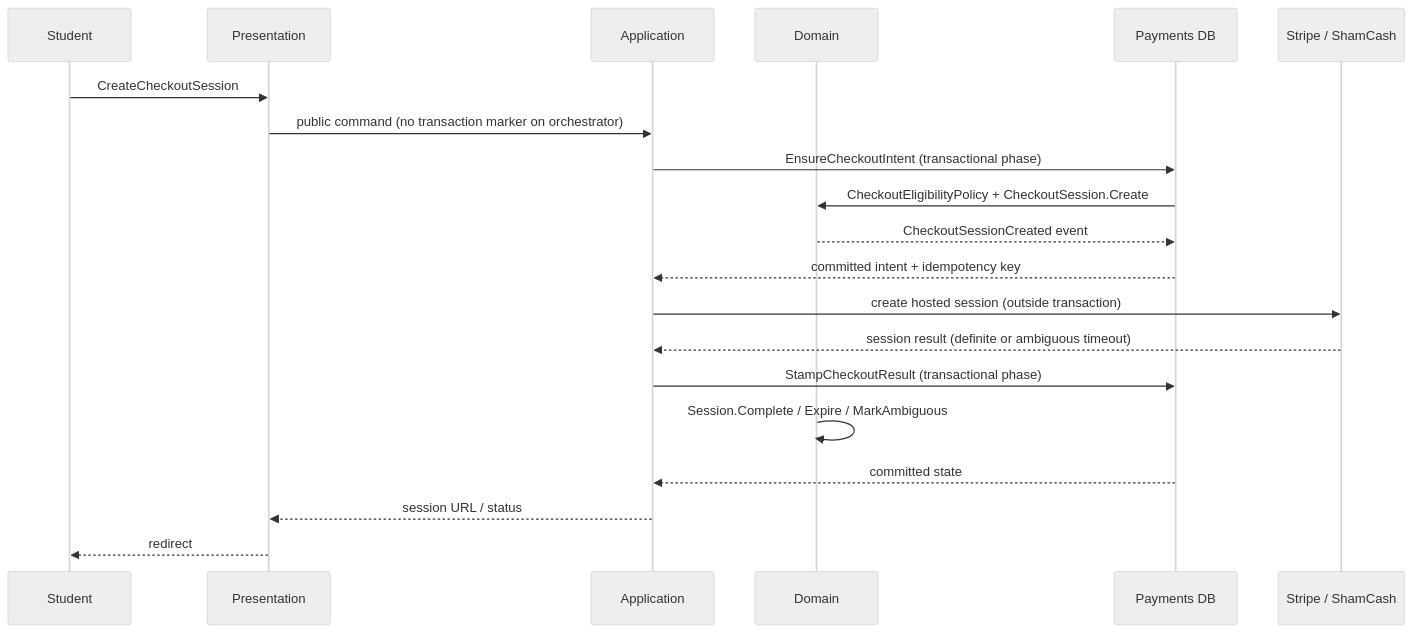
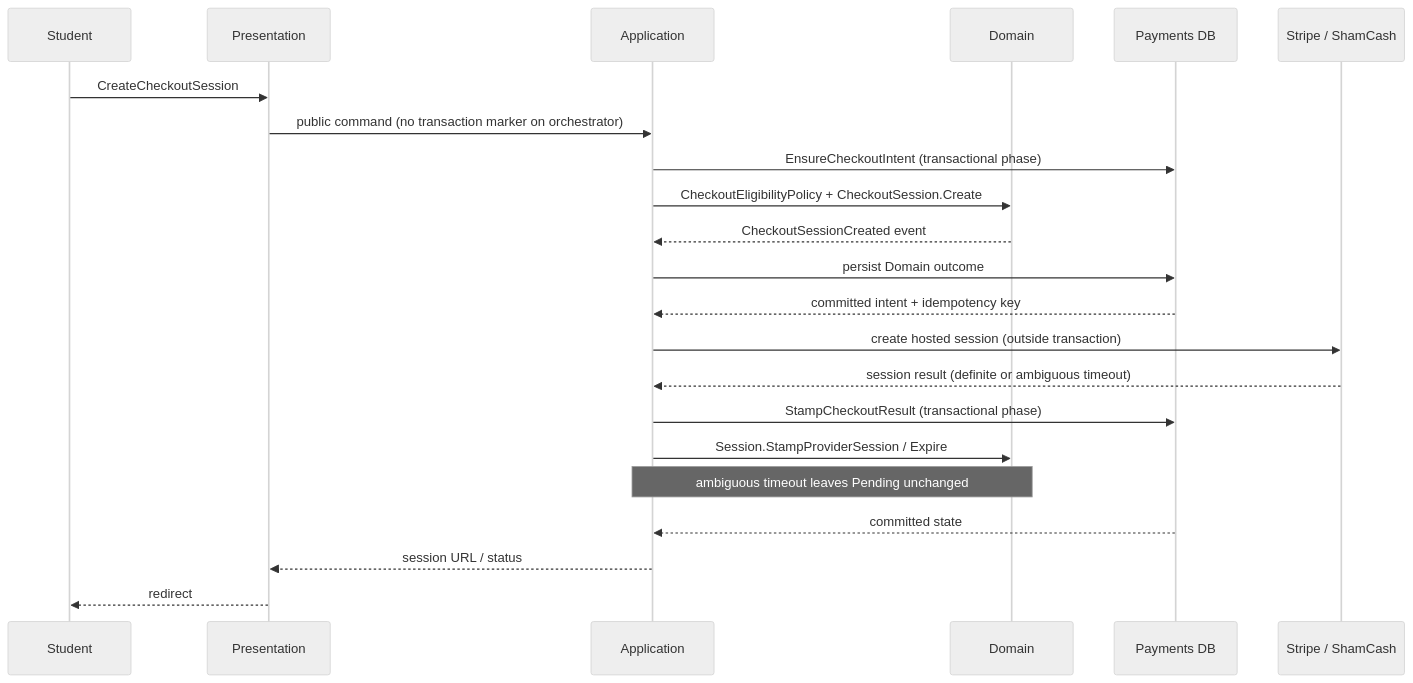
One commit to Azero77/alpha-zero changed the seventh of 10 diagrams in plans/payments/C4Model.md. Above: the diagram before and after it, drawn with Mermaid (neutral theme). The commit also changed other lines of this file, not shown here.

Commit message:
docs(payments): refine C4 architecture model

````diff
--- a/plans/payments/C4Model.md
+++ b/plans/payments/C4Model.md
@@ -192,22 +192,24 @@
 ```mermaid
 sequenceDiagram
   participant ST as Student
   participant API as Presentation
   participant APP as Application
   participant DOM as Domain
   participant DB as Payments DB
-  participant PSP as Stripe / ShamCash
+  participant PRV as Stripe / ShamCash
   ST->>API: CreateCheckoutSession
   API->>APP: public command (no transaction marker on orchestrator)
   APP->>DB: EnsureCheckoutIntent (transactional phase)
-  DB->>DOM: CheckoutEligibilityPolicy + CheckoutSession.Create
-  DOM-->>DB: CheckoutSessionCreated event
+  APP->>DOM: CheckoutEligibilityPolicy + CheckoutSession.Create
+  DOM-->>APP: CheckoutSessionCreated event
+  APP->>DB: persist Domain outcome
   DB-->>APP: committed intent + idempotency key
-  APP->>PSP: create hosted session (outside transaction)
-  PSP-->>APP: session result (definite or ambiguous timeout)
+  APP->>PRV: create hosted session (outside transaction)
+  PRV-->>APP: session result (definite or ambiguous timeout)
   APP->>DB: StampCheckoutResult (transactional phase)
-  DOM->>DOM: Session.Complete / Expire / MarkAmbiguous
+  APP->>DOM: Session.StampProviderSession / Expire
+  Note over APP,DOM: ambiguous timeout leaves Pending unchanged
   DB-->>APP: committed state
   APP-->>API: session URL / status
   API-->>ST: redirect
 ```
````
